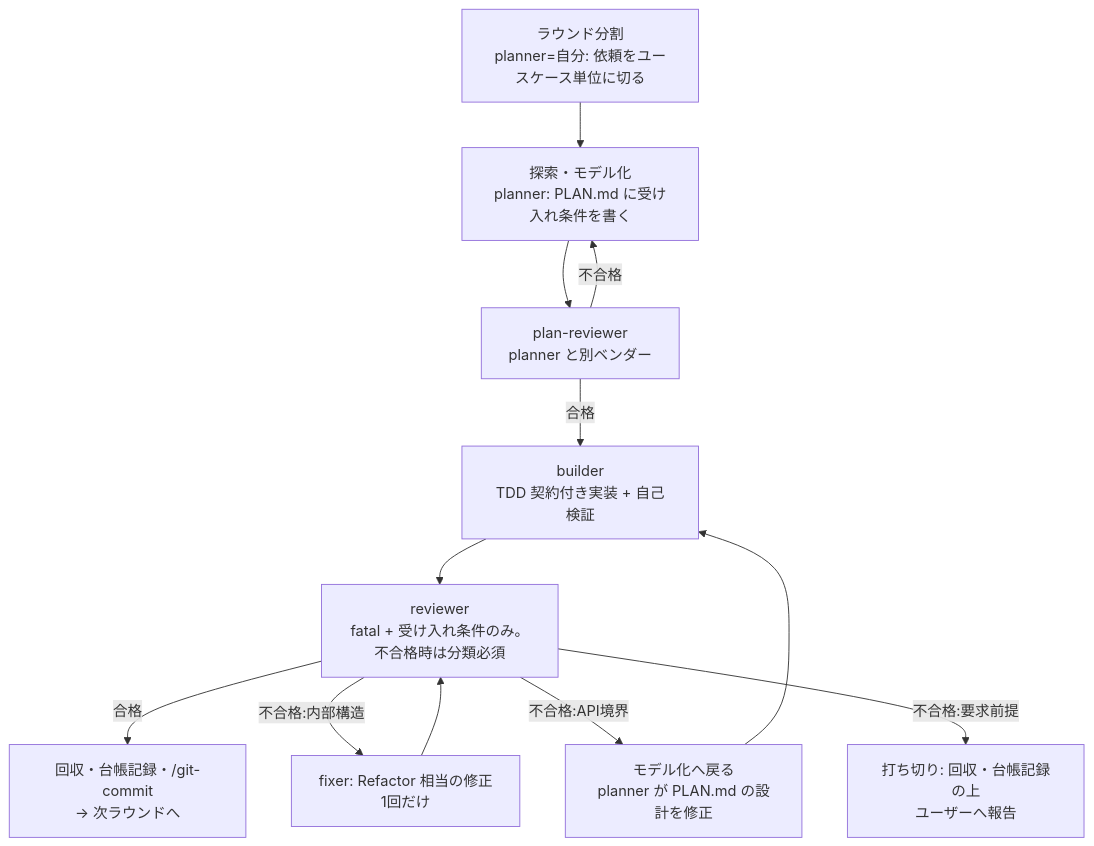
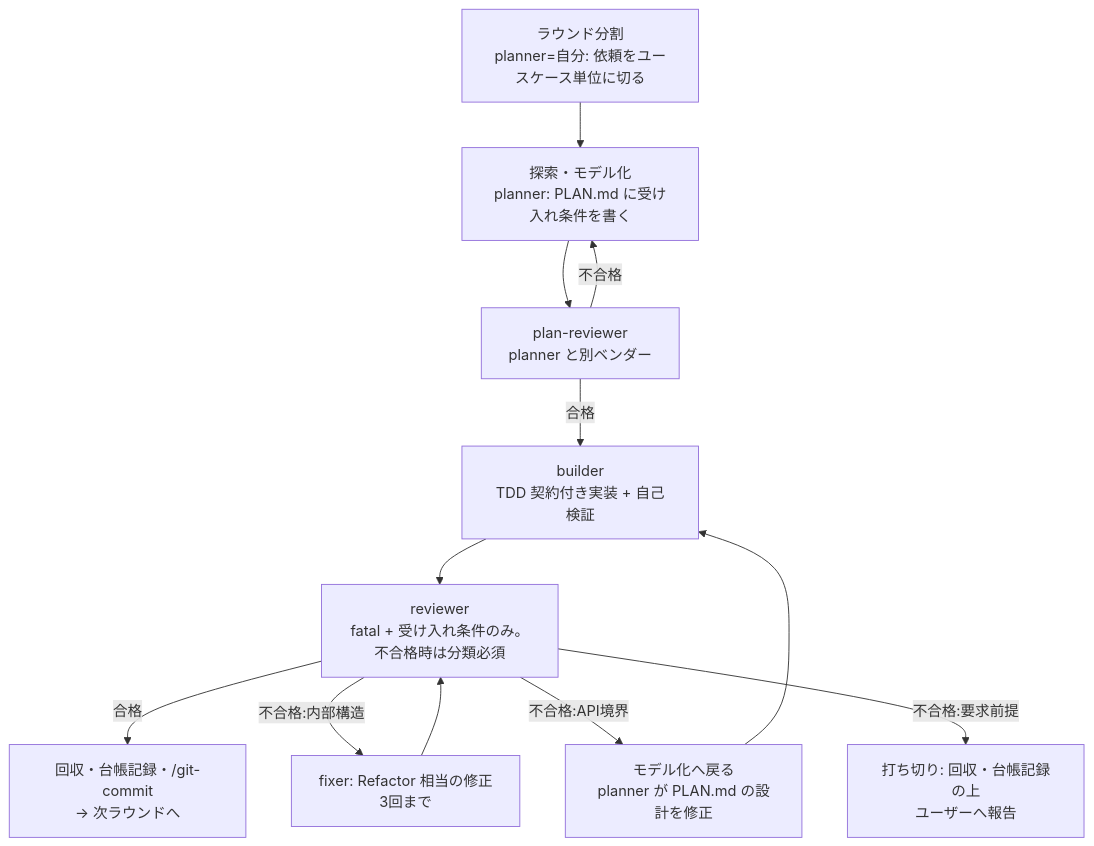
The diagram in shared/skills/round-slicer/SKILL.md (hondazn/aimod), drawn with Mermaid before and after one commit. The commit also changed other lines of this file and 2 other files, not shown here.

````diff
--- a/shared/skills/round-slicer/SKILL.md
+++ b/shared/skills/round-slicer/SKILL.md
@@ -26,14 +26,14 @@
 ```mermaid
 flowchart TD
     S[ラウンド分割<br/>planner=自分: 依頼をユースケース単位に切る] --> A
     A[探索・モデル化<br/>planner: PLAN.md に受け入れ条件を書く] --> PR[plan-reviewer<br/>planner と別ベンダー]
     PR -->|不合格| A
     PR -->|合格| B[builder<br/>TDD 契約付き実装 + 自己検証]
     B --> R[reviewer<br/>fatal + 受け入れ条件のみ。不合格時は分類必須]
     R -->|合格| DONE[回収・台帳記録・/git-commit<br/>→ 次ラウンドへ]
-    R -->|不合格:内部構造| FX[fixer: Refactor 相当の修正<br/>1回だけ]
+    R -->|不合格:内部構造| FX[fixer: Refactor 相当の修正<br/>3回まで]
     R -->|不合格:API境界| A2[モデル化へ戻る<br/>planner が PLAN.md の設計を修正]
     R -->|不合格:要求前提| AB[打ち切り: 回収・台帳記録の上<br/>ユーザーへ報告]
     FX --> R
     A2 --> B
 ```
````
